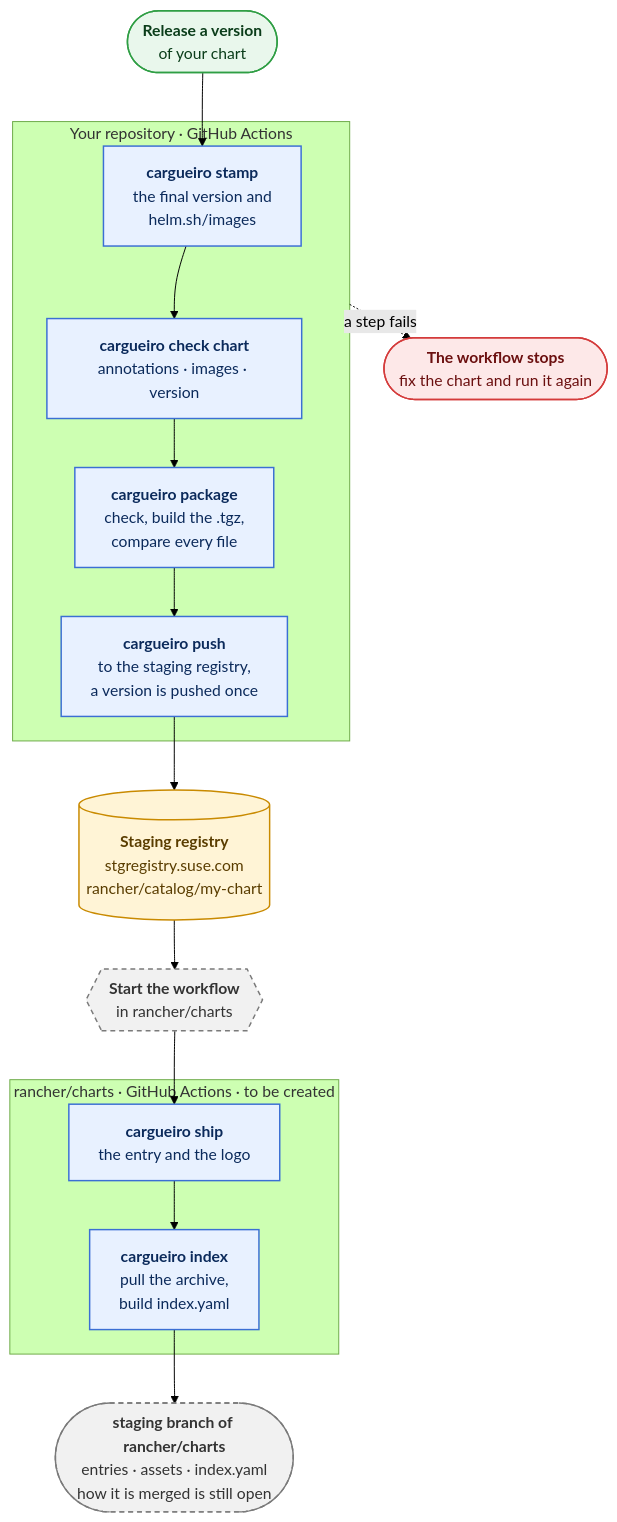
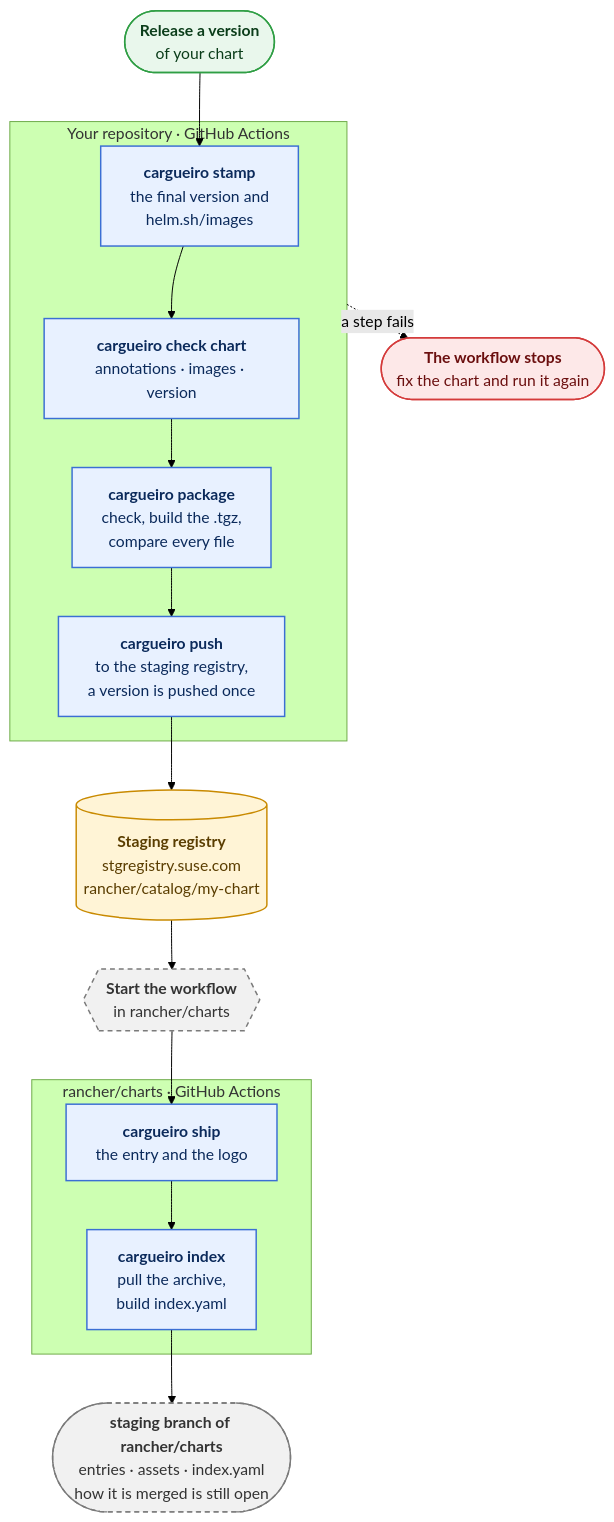
The diagram in docs/CHART_OWNER.md (nicholasSUSE/cargueiro), drawn with Mermaid (forest theme) before and after one commit. The commit also changed other lines of this file and 2 other files, not shown here.

First line of the commit message:
docs: describe the chart-staged event and list the guides (#55)

````diff
--- a/docs/CHART_OWNER.md
+++ b/docs/CHART_OWNER.md
@@ -9,40 +9,40 @@
 ```mermaid
 flowchart TD
     start(["<b>Release a version</b><br/>of your chart"])
 
     subgraph owner["Your repository · GitHub Actions"]
         stamp["<b>cargueiro stamp</b><br/>the final version and<br/>helm.sh/images"]
         check["<b>cargueiro check chart</b><br/>annotations · images · version"]
         package["<b>cargueiro package</b><br/>check, build the .tgz,<br/>compare every file"]
         push["<b>cargueiro push</b><br/>to the staging registry,<br/>a version is pushed once"]
         stamp --> check --> package --> push
     end
 
     failed(["<b>The workflow stops</b><br/>fix the chart and run it again"])
     registry[("<b>Staging registry</b><br/>stgregistry.suse.com<br/>rancher/catalog/my-chart")]
     trigger{{"<b>Start the workflow</b><br/>in rancher/charts"}}
 
-    subgraph charts["rancher/charts · GitHub Actions · to be created"]
+    subgraph charts["rancher/charts · GitHub Actions"]
         ship["<b>cargueiro ship</b><br/>the entry and the logo"]
         index["<b>cargueiro index</b><br/>pull the archive,<br/>build index.yaml"]
         ship --> index
     end
 
     staging(["<b>staging branch of rancher/charts</b><br/>entries · assets · index.yaml<br/>how it is merged is still open"])
 
     start --> stamp
     owner -. "a step fails" .-> failed
     push --> registry --> trigger --> ship
     index --> staging
 
     classDef cmd fill:#e8f1ff,stroke:#3b6fd4,stroke-width:1.5px,color:#0b2a5b
     classDef store fill:#fff4d6,stroke:#c98a00,stroke-width:1.5px,color:#5a3d00
     classDef stop fill:#fde8e8,stroke:#d43b3b,stroke-width:1.5px,color:#6b0f0f
     classDef todo fill:#f1f1f1,stroke:#7a7a7a,stroke-width:1.5px,stroke-dasharray:5 4,color:#333
     classDef begin fill:#e9f7ec,stroke:#2f9e44,stroke-width:1.5px,color:#0b3d1a
     class stamp,check,package,push,ship,index cmd
     class registry store
     class failed stop
     class trigger,staging todo
     class start begin
 ```
````
